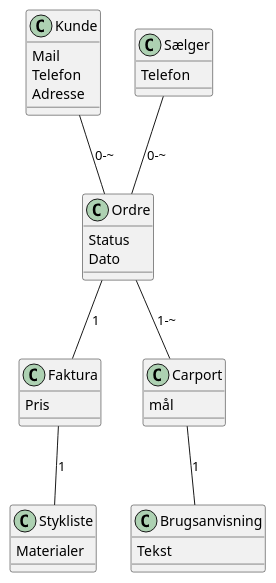
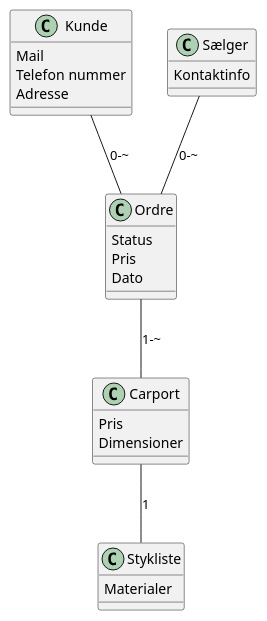
The diagram in docs/DomainModel.puml (Mikkel-ao/Carport), drawn with PlantUML before and after one commit. The commit also changed 2 other files, not shown here.

Commit message:
made 2.0 class diagram we have to choose witch one we use . Updated domain model

```diff
--- a/docs/DomainModel.puml
+++ b/docs/DomainModel.puml
@@ -1,38 +1,35 @@
 @startuml
 'https://plantuml.com/class-diagram
 'Domain Model'
 
 class Kunde{
 Mail
-Telefon
+Telefon nummer
 Adresse
 }
-class Sælger{
-Telefon
+class Sælger {
+Kontaktinfo
 }
 class Ordre{
 Status
+Pris
 Dato
 }
-class Faktura {
+
+class Carport {
 Pris
+Dimensioner
 }
-class Carport {
-mål
-}
-class Brugsanvisning{
-Tekst
-}
+
 class Stykliste {
 Materialer
 }
 
 'pile'
 Kunde -- Ordre: 0-~
 Ordre -- Carport: 1-~
-Ordre -- Faktura: 1
 Sælger -- Ordre: 0-~
-Faktura -- Stykliste: 1
-Carport -- Brugsanvisning: 1
+Carport -- Stykliste: 1
+
 
 @enduml
```
